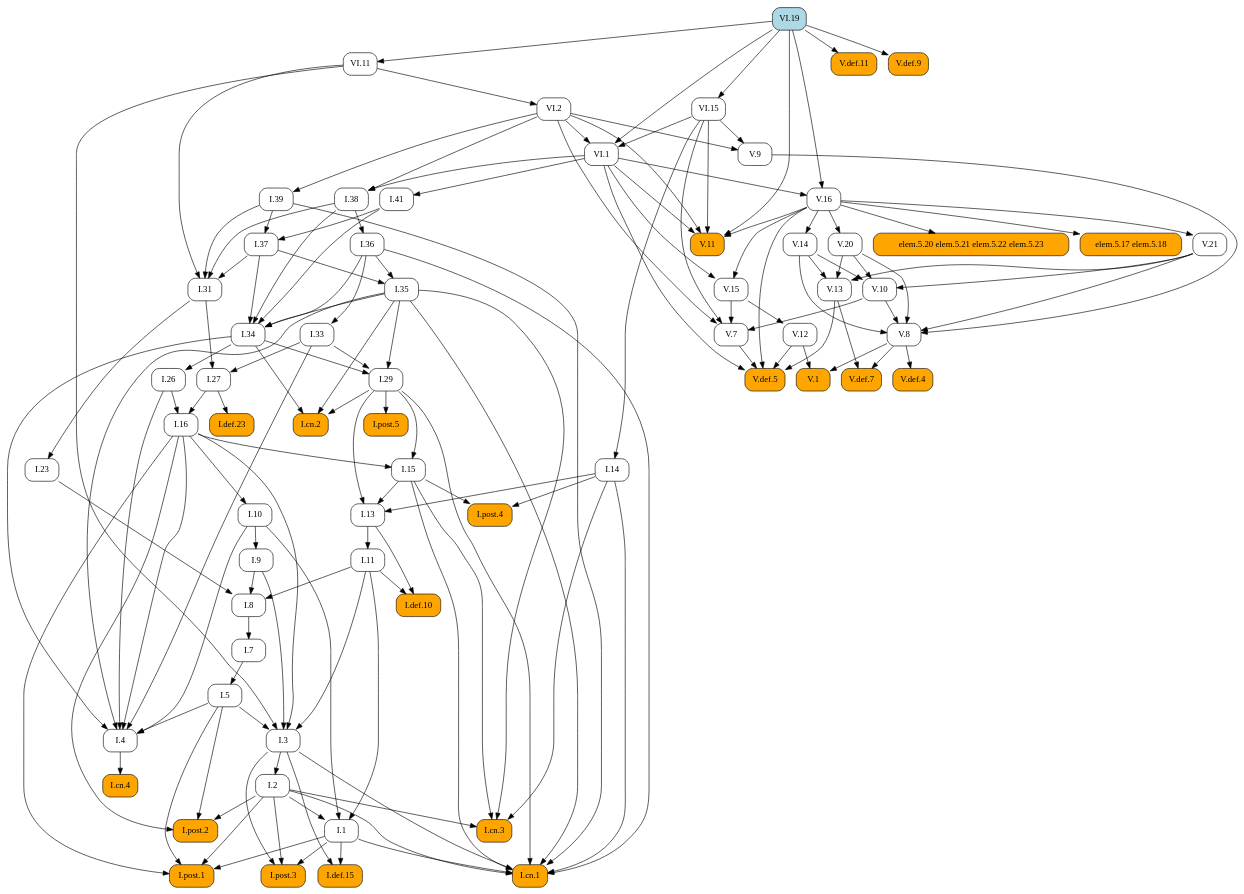
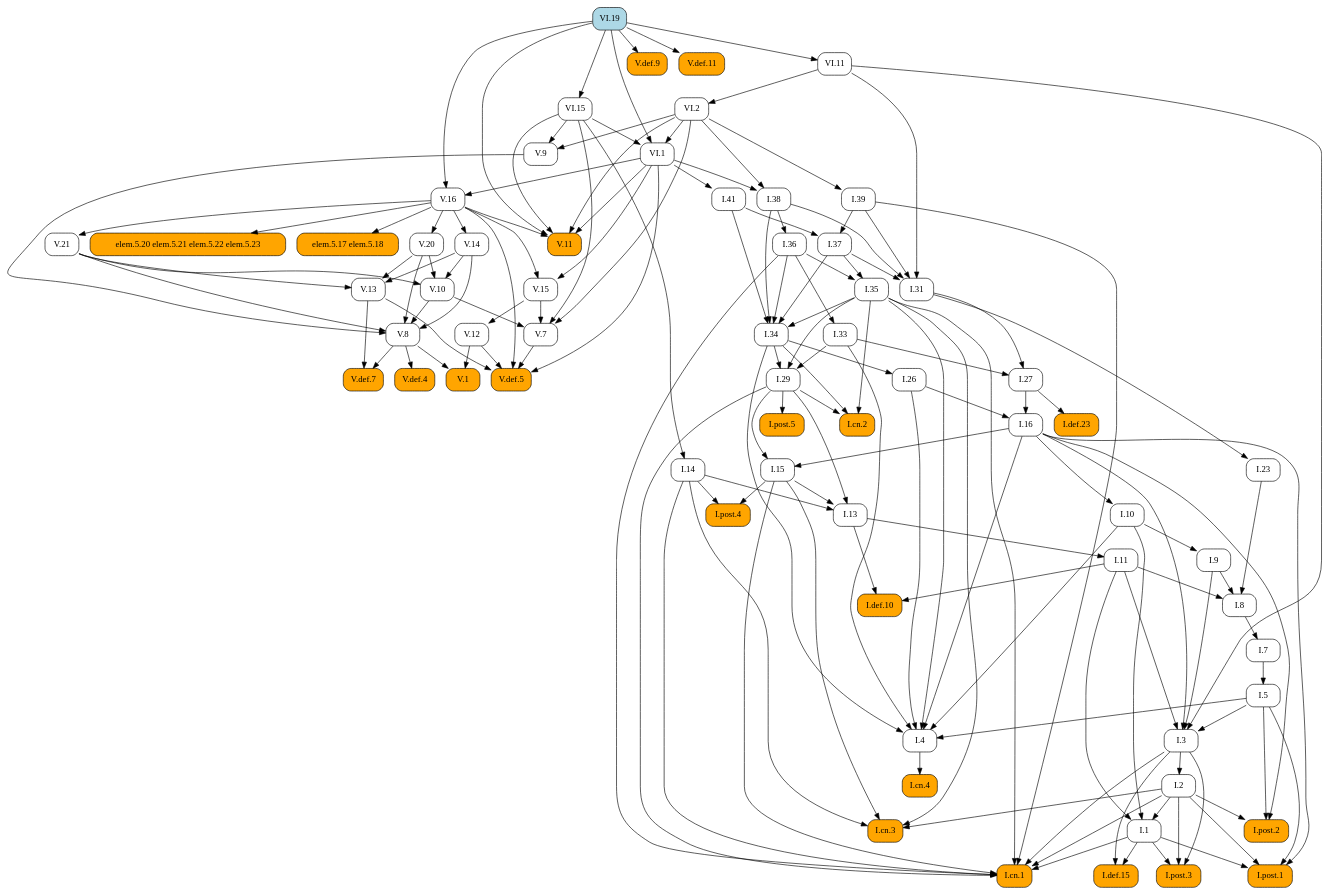
The diagram in docsrc/heath/VI/19/index.rst (geometor/elements), drawn with Graphviz before and after one commit. The commit also changed other lines of this file and 484 other files, not shown here.

```diff
--- a/docsrc/heath/VI/19/index.rst
+++ b/docsrc/heath/VI/19/index.rst
@@ -65,157 +69,124 @@
    digraph {
      rankdir="TB";
      node [shape=box, style=rounded];
-     "I.def.10" [style="rounded,filled", fillcolor=orange, URL="/heath/I/def.10/", target="_top"];
-     "I.11" [URL="/heath/I/11/", target="_top"];
-     "I.post.4" [style="rounded,filled", fillcolor=orange, URL="/heath/I/post.4/", target="_top"];
-     "I.1" [URL="/heath/I/1/", target="_top"];
-     "I.39" [URL="/heath/I/39/", target="_top"];
-     "V.def.11" [style="rounded,filled", fillcolor=orange, URL="/heath/V/def.11/", target="_top"];
-     "I.26" [URL="/heath/I/26/", target="_top"];
+     "V.16" [URL="/heath/V/16/", target="_top"];
+     "I.23" [URL="/heath/I/23/", target="_top"];
+     "VI.15" [URL="/heath/VI/15/", target="_top"];
+     "I.33" [URL="/heath/I/33/", target="_top"];
+     "I.9" [URL="/heath/I/9/", target="_top"];
+     "I.def.15" [style="rounded,filled", fillcolor=orange, URL="/heath/I/def.15/", target="_top"];
+     "V.13" [URL="/heath/V/13/", target="_top"];
+     "V.7" [URL="/heath/V/7/", target="_top"];
+     "elem.5.17 elem.5.18" [style="rounded,filled", fillcolor=orange];
+     "I.post.3" [style="rounded,filled", fillcolor=orange, URL="/heath/I/post.3/", target="_top"];
+     "I.post.1" [style="rounded,filled", fillcolor=orange, URL="/heath/I/post.1/", target="_top"];
      "V.14" [URL="/heath/V/14/", target="_top"];
      "V.def.5" [style="rounded,filled", fillcolor=orange, URL="/heath/V/def.5/", target="_top"];
-     "I.29" [URL="/heath/I/29/", target="_top"];
+     "V.9" [URL="/heath/V/9/", target="_top"];
+     "VI.19" [style="rounded,filled", fillcolor=lightblue, URL="/heath/VI/19/", target="_top"];
+     "I.31" [URL="/heath/I/31/", target="_top"];
+     "V.10" [URL="/heath/V/10/", target="_top"];
+     "I.def.10" [style="rounded,filled", fillcolor=orange, URL="/heath/I/def.10/", target="_top"];
+     "VI.1" [URL="/heath/VI/1/", target="_top"];
+     "V.20" [URL="/heath/V/20/", target="_top"];
+     "I.27" [URL="/heath/I/27/", target="_top"];
+     "I.39" [URL="/heath/I/39/", target="_top"];
+     "I.14" [URL="/heath/I/14/", target="_top"];
+     "V.11" [style="rounded,filled", fillcolor=orange, URL="/heath/V/11/", target="_top"];
      "V.12" [URL="/heath/V/12/", target="_top"];
-     "I.cn.2" [style="rounded,filled", fillcolor=orange, URL="/heath/I/cn.2/", target="_top"];
-     "V.20" [URL="/heath/V/20/", target="_top"];
-     "V.10" [URL="/heath/V/10/", target="_top"];
-     "V.11" [style="rounded,filled", fillcolor=orange, URL="/heath/V/11/", target="_top"];
-     "VI.2" [URL="/heath/VI/2/", target="_top"];
-     "V.13" [URL="/heath/V/13/", target="_top"];
-     "I.def.15" [style="rounded,filled", fillcolor=orange, URL="/heath/I/def.15/", target="_top"];
-     "V.15" [URL="/heath/V/15/", target="_top"];
-     "VI.1" [URL="/heath/VI/1/", target="_top"];
-     "I.post.3" [style="rounded,filled", fillcolor=orange, URL="/heath/I/post.3/", target="_top"];
-     "I.cn.1" [style="rounded,filled", fillcolor=orange, URL="/heath/I/cn.1/", target="_top"];
-     "I.cn.3" [style="rounded,filled", fillcolor=orange, URL="/heath/I/cn.3/", target="_top"];
-     "V.7" [URL="/heath/V/7/", target="_top"];
-     "I.14" [URL="/heath/I/14/", target="_top"];
-     "V.16" [URL="/heath/V/16/", target="_top"];
-     "VI.11" [URL="/heath/VI/11/", target="_top"];
-     "V.9" [URL="/heath/V/9/", target="_top"];
-     "I.23" [URL="/heath/I/23/", target="_top"];
-     "I.post.1" [style="rounded,filled", fillcolor=orange, URL="/heath/I/post.1/", target="_top"];
-     "I.35" [URL="/heath/I/35/", target="_top"];
-     "I.41" [URL="/heath/I/41/", target="_top"];
-     "V.8" [URL="/heath/V/8/", target="_top"];
-     "I.36" [URL="/heath/I/36/", target="_top"];
-     "V.def.9" [style="rounded,filled", fillcolor=orange, URL="/heath/V/def.9/", target="_top"];
-     "I.37" [URL="/heath/I/37/", target="_top"];
      "I.34" [URL="/heath/I/34/", target="_top"];
      "I.3" [URL="/heath/I/3/", target="_top"];
-     "I.27" [URL="/heath/I/27/", target="_top"];
+     "V.def.4" [style="rounded,filled", fillcolor=orange, URL="/heath/V/def.4/", target="_top"];
+     "I.35" [URL="/heath/I/35/", target="_top"];
+     "I.cn.1" [style="rounded,filled", fillcolor=orange, URL="/heath/I/cn.1/", target="_top"];
+     "V.def.7" [style="rounded,filled", fillcolor=orange, URL="/heath/V/def.7/", target="_top"];
      "I.7" [URL="/heath/I/7/", target="_top"];
+     "V.21" [URL="/heath/V/21/", target="_top"];
      "I.2" [URL="/heath/I/2/", target="_top"];
+     "I.36" [URL="/heath/I/36/", target="_top"];
+     "I.13" [URL="/heath/I/13/", target="_top"];
+     "I.post.4" [style="rounded,filled", fillcolor=orange, URL="/heath/I/post.4/", target="_top"];
      "I.4" [URL="/heath/I/4/", target="_top"];
+     "I.1" [URL="/heath/I/1/", target="_top"];
+     "I.5" [URL="/heath/I/5/", target="_top"];
+     "I.37" [URL="/heath/I/37/", target="_top"];
+     "I.8" [URL="/heath/I/8/", target="_top"];
+     "I.cn.3" [style="rounded,filled", fillcolor=orange, URL="/heath/I/cn.3/", target="_top"];
+     "I.29" [URL="/heath/I/29/", target="_top"];
+     "I.16" [URL="/heath/I/16/", target="_top"];
+     "I.38" [URL="/heath/I/38/", target="_top"];
+     "V.8" [URL="/heath/V/8/", target="_top"];
+     "I.15" [URL="/heath/I/15/", target="_top"];
+     "V.1" [style="rounded,filled", fillcolor=orange, URL="/heath/V/1/", target="_top"];
+     "I.11" [URL="/heath/I/11/", target="_top"];
      "I.def.23" [style="rounded,filled", fillcolor=orange, URL="/heath/I/def.23/", target="_top"];
-     "I.13" [URL="/heath/I/13/", target="_top"];
-     "I.33" [URL="/heath/I/33/", target="_top"];
-     "I.31" [URL="/heath/I/31/", target="_top"];
+     "V.def.9" [style="rounded,filled", fillcolor=orange, URL="/heath/V/def.9/", target="_top"];
+     "I.10" [URL="/heath/I/10/", target="_top"];
+     "I.cn.2" [style="rounded,filled", fillcolor=orange, URL="/heath/I/cn.2/", target="_top"];
+     "V.def.11" [style="rounded,filled", fillcolor=orange, URL="/heath/V/def.11/", target="_top"];
+     "I.post.5" [style="rounded,filled", fillcolor=orange, URL="/heath/I/post.5/", target="_top"];
+     "VI.2" [URL="/heath/VI/2/", target="_top"];
+     "I.cn.4" [style="rounded,filled", fillcolor=orange, URL="/heath/I/cn.4/", target="_top"];
+     "V.15" [URL="/heath/V/15/", target="_top"];
+     "I.41" [URL="/heath/I/41/", target="_top"];
      "I.post.2" [style="rounded,filled", fillcolor=orange, URL="/heath/I/post.2/", target="_top"];
-     "V.1" [style="rounded,filled", fillcolor=orange, URL="/heath/V/1/", target="_top"];
-     "I.16" [URL="/heath/I/16/", target="_top"];
+     "I.26" [URL="/heath/I/26/", target="_top"];
+     "VI.11" [URL="/heath/VI/11/", target="_top"];
      "elem.5.20 elem.5.21 elem.5.22 elem.5.23" [style="rounded,filled", fillcolor=orange];
-     "elem.5.17 elem.5.18" [style="rounded,filled", fillcolor=orange];
-     "I.9" [URL="/heath/I/9/", target="_top"];
-     "VI.15" [URL="/heath/VI/15/", target="_top"];
-     "I.8" [URL="/heath/I/8/", target="_top"];
-     "V.def.4" [style="rounded,filled", fillcolor=orange, URL="/heath/V/def.4/", target="_top"];
-     "I.cn.4" [style="rounded,filled", fillcolor=orange, URL="/heath/I/cn.4/", target="_top"];
-     "I.15" [URL="/heath/I/15/", target="_top"];
-     "I.post.5" [style="rounded,filled", fillcolor=orange, URL="/heath/I/post.5/", target="_top"];
-     "I.38" [URL="/heath/I/38/", target="_top"];
-     "V.def.7" [style="rounded,filled", fillcolor=orange, URL="/heath/V/def.7/", target="_top"];
-     "VI.19" [style="rounded,filled", fillcolor=lightblue, URL="/heath/VI/19/", target="_top"];
-     "I.10" [URL="/heath/I/10/", target="_top"];
-     "I.5" [URL="/heath/I/5/", target="_top"];
-     "V.21" [URL="/heath/V/21/", target="_top"];
-     "I.11" -> "I.def.10";
-     "I.13" -> "I.def.10";
-     "I.13" -> "I.11";
-     "I.14" -> "I.post.4";
-     "I.15" -> "I.post.4";
-     "I.2" -> "I.1";
-     "I.10" -> "I.1";
-     "I.11" -> "I.1";
-     "VI.2" -> "I.39";
-     "VI.19" -> "V.def.11";
-     "I.34" -> "I.26";
+     "VI.1" -> "V.16";
+     "VI.19" -> "V.16";
+     "I.31" -> "I.23";
+     "VI.19" -> "VI.15";
+     "I.36" -> "I.33";
+     "I.10" -> "I.9";
+     "I.1" -> "I.def.15";
+     "I.3" -> "I.def.15";
+     "V.14" -> "V.13";
+     "V.20" -> "V.13";
+     "V.21" -> "V.13";
+     "V.10" -> "V.7";
+     "V.15" -> "V.7";
+     "VI.2" -> "V.7";
+     "VI.15" -> "V.7";
+     "V.16" -> "elem.5.17 elem.5.18";
+     "I.1" -> "I.post.3";
+     "I.2" -> "I.post.3";
+     "I.3" -> "I.post.3";
+     "I.1" -> "I.post.1";
+     "I.2" -> "I.post.1";
+     "I.5" -> "I.post.1";
+     "I.16" -> "I.post.1";
      "V.16" -> "V.14";
      "V.7" -> "V.def.5";
      "V.12" -> "V.def.5";
      "V.13" -> "V.def.5";
      "V.16" -> "V.def.5";
      "VI.1" -> "V.def.5";
-     "I.33" -> "I.29";
-     "I.34" -> "I.29";
-     "I.35" -> "I.29";
-     "V.15" -> "V.12";
-     "I.29" -> "I.cn.2";
-     "I.34" -> "I.cn.2";
-     "I.35" -> "I.cn.2";
-     "V.16" -> "V.20";
+     "VI.2" -> "V.9";
+     "VI.15" -> "V.9";
+     "I.37" -> "I.31";
+     "I.38" -> "I.31";
+     "I.39" -> "I.31";
+     "VI.11" -> "I.31";
      "V.14" -> "V.10";
      "V.20" -> "V.10";
      "V.21" -> "V.10";
+     "I.11" -> "I.def.10";
+     "I.13" -> "I.def.10";
+     "VI.2" -> "VI.1";
+     "VI.15" -> "VI.1";
+     "VI.19" -> "VI.1";
+     "V.16" -> "V.20";
+     "I.31" -> "I.27";
+     "I.33" -> "I.27";
+     "VI.2" -> "I.39";
+     "VI.15" -> "I.14";
      "V.16" -> "V.11";
      "VI.1" -> "V.11";
      "VI.2" -> "V.11";
      "VI.15" -> "V.11";
      "VI.19" -> "V.11";
-     "VI.11" -> "VI.2";
-     "V.14" -> "V.13";
-     "V.20" -> "V.13";
-     "V.21" -> "V.13";
-     "I.1" -> "I.def.15";
-     "I.3" -> "I.def.15";
-     "V.16" -> "V.15";
-     "VI.1" -> "V.15";
-     "VI.2" -> "VI.1";
-     "VI.15" -> "VI.1";
-     "VI.19" -> "VI.1";
-     "I.1" -> "I.post.3";
-     "I.2" -> "I.post.3";
-     "I.3" -> "I.post.3";
-     "I.1" -> "I.cn.1";
-     "I.2" -> "I.cn.1";
-     "I.3" -> "I.cn.1";
-     "I.14" -> "I.cn.1";
-     "I.15" -> "I.cn.1";
-     "I.29" -> "I.cn.1";
-     "I.35" -> "I.cn.1";
-     "I.36" -> "I.cn.1";
-     "I.39" -> "I.cn.1";
-     "I.2" -> "I.cn.3";
-     "I.14" -> "I.cn.3";
-     "I.15" -> "I.cn.3";
-     "I.35" -> "I.cn.3";
-     "V.10" -> "V.7";
-     "V.15" -> "V.7";
-     "VI.2" -> "V.7";
-     "VI.15" -> "V.7";
-     "VI.15" -> "I.14";
-     "VI.1" -> "V.16";
-     "VI.19" -> "V.16";
-     "VI.19" -> "VI.11";
-     "VI.2" -> "V.9";
-     "VI.15" -> "V.9";
-     "I.31" -> "I.23";
-     "I.1" -> "I.post.1";
-     "I.2" -> "I.post.1";
-     "I.5" -> "I.post.1";
-     "I.16" -> "I.post.1";
-     "I.36" -> "I.35";
-     "I.37" -> "I.35";
-     "VI.1" -> "I.41";
-     "V.9" -> "V.8";
-     "V.10" -> "V.8";
-     "V.14" -> "V.8";
-     "V.20" -> "V.8";
-     "V.21" -> "V.8";
-     "I.38" -> "I.36";
-     "VI.19" -> "V.def.9";
-     "I.39" -> "I.37";
-     "I.41" -> "I.37";
+     "V.15" -> "V.12";
      "I.35" -> "I.34";
      "I.36" -> "I.34";
      "I.37" -> "I.34";
@@ -226,10 +197,29 @@
      "I.11" -> "I.3";
      "I.16" -> "I.3";
      "VI.11" -> "I.3";
-     "I.31" -> "I.27";
-     "I.33" -> "I.27";
+     "V.8" -> "V.def.4";
+     "I.36" -> "I.35";
+     "I.37" -> "I.35";
+     "I.1" -> "I.cn.1";
+     "I.2" -> "I.cn.1";
+     "I.3" -> "I.cn.1";
+     "I.14" -> "I.cn.1";
+     "I.15" -> "I.cn.1";
+     "I.29" -> "I.cn.1";
+     "I.35" -> "I.cn.1";
+     "I.36" -> "I.cn.1";
+     "I.39" -> "I.cn.1";
+     "V.8" -> "V.def.7";
+     "V.13" -> "V.def.7";
      "I.8" -> "I.7";
+     "V.16" -> "V.21";
      "I.3" -> "I.2";
+     "I.38" -> "I.36";
+     "I.14" -> "I.13";
+     "I.15" -> "I.13";
+     "I.29" -> "I.13";
+     "I.14" -> "I.post.4";
+     "I.15" -> "I.post.4";
      "I.5" -> "I.4";
      "I.10" -> "I.4";
      "I.16" -> "I.4";
@@ -237,39 +227,53 @@
      "I.33" -> "I.4";
      "I.34" -> "I.4";
      "I.35" -> "I.4";
+     "I.2" -> "I.1";
+     "I.10" -> "I.1";
+     "I.11" -> "I.1";
+     "I.7" -> "I.5";
+     "I.39" -> "I.37";
+     "I.41" -> "I.37";
+     "I.9" -> "I.8";
+     "I.11" -> "I.8";
+     "I.23" -> "I.8";
+     "I.2" -> "I.cn.3";
+     "I.14" -> "I.cn.3";
+     "I.15" -> "I.cn.3";
+     "I.35" -> "I.cn.3";
+     "I.33" -> "I.29";
+     "I.34" -> "I.29";
+     "I.35" -> "I.29";
+     "I.26" -> "I.16";
+     "I.27" -> "I.16";
+     "VI.1" -> "I.38";
+     "VI.2" -> "I.38";
+     "V.9" -> "V.8";
+     "V.10" -> "V.8";
+     "V.14" -> "V.8";
+     "V.20" -> "V.8";
+     "V.21" -> "V.8";
+     "I.16" -> "I.15";
+     "I.29" -> "I.15";
+     "V.8" -> "V.1";
+     "V.12" -> "V.1";
+     "I.13" -> "I.11";
      "I.27" -> "I.def.23";
-     "I.14" -> "I.13";
-     "I.15" -> "I.13";
-     "I.29" -> "I.13";
-     "I.36" -> "I.33";
-     "I.37" -> "I.31";
-     "I.38" -> "I.31";
-     "I.39" -> "I.31";
-     "VI.11" -> "I.31";
+     "VI.19" -> "V.def.9";
+     "I.16" -> "I.10";
+     "I.29" -> "I.cn.2";
+     "I.34" -> "I.cn.2";
+     "I.35" -> "I.cn.2";
+     "VI.19" -> "V.def.11";
+     "I.29" -> "I.post.5";
+     "VI.11" -> "VI.2";
+     "I.4" -> "I.cn.4";
+     "V.16" -> "V.15";
+     "VI.1" -> "V.15";
+     "VI.1" -> "I.41";
      "I.2" -> "I.post.2";
      "I.5" -> "I.post.2";
      "I.16" -> "I.post.2";
-     "V.8" -> "V.1";
-     "V.12" -> "V.1";
-     "I.26" -> "I.16";
-     "I.27" -> "I.16";
+     "I.34" -> "I.26";
+     "VI.19" -> "VI.11";
      "V.16" -> "elem.5.20 elem.5.21 elem.5.22 elem.5.23";
-     "V.16" -> "elem.5.17 elem.5.18";
-     "I.10" -> "I.9";
-     "VI.19" -> "VI.15";
-     "I.9" -> "I.8";
-     "I.11" -> "I.8";
-     "I.23" -> "I.8";
-     "V.8" -> "V.def.4";
-     "I.4" -> "I.cn.4";
-     "I.16" -> "I.15";
-     "I.29" -> "I.15";
-     "I.29" -> "I.post.5";
-     "VI.1" -> "I.38";
-     "VI.2" -> "I.38";
-     "V.8" -> "V.def.7";
-     "V.13" -> "V.def.7";
-     "I.16" -> "I.10";
-     "I.7" -> "I.5";
-     "V.16" -> "V.21";
    }
```
